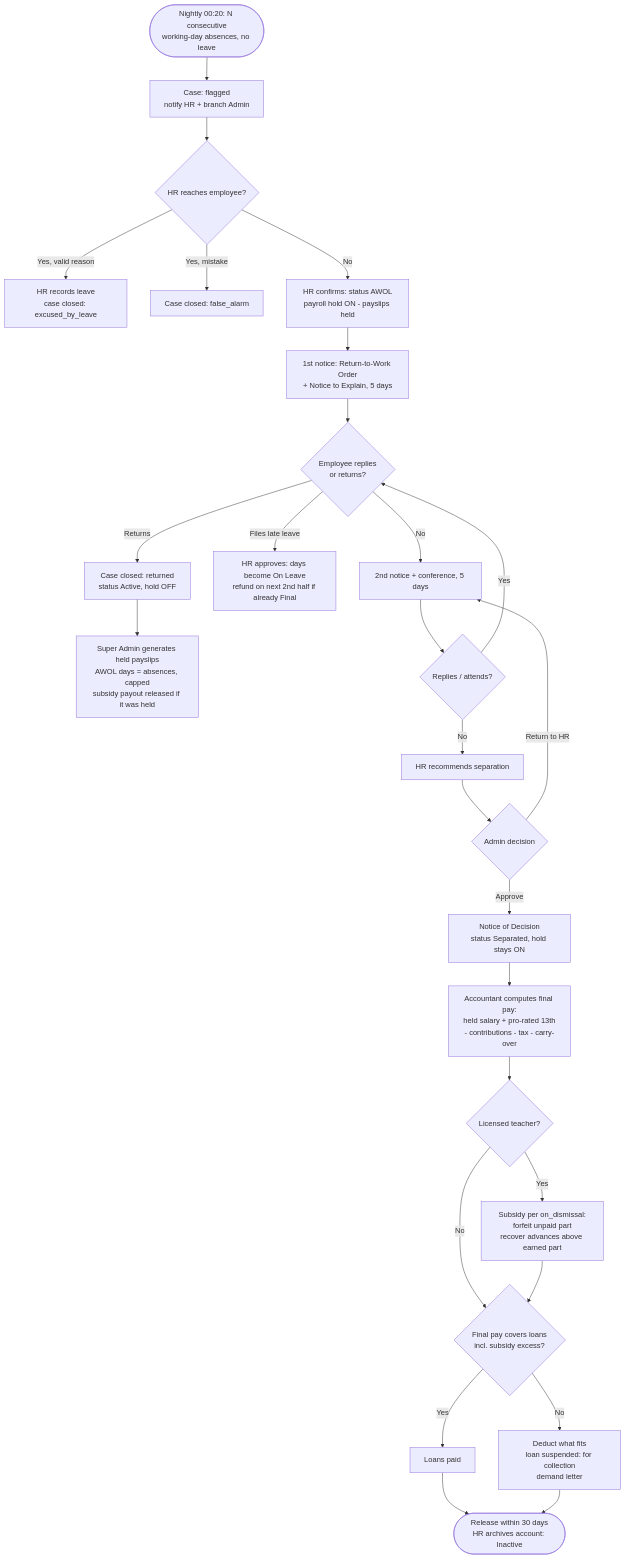
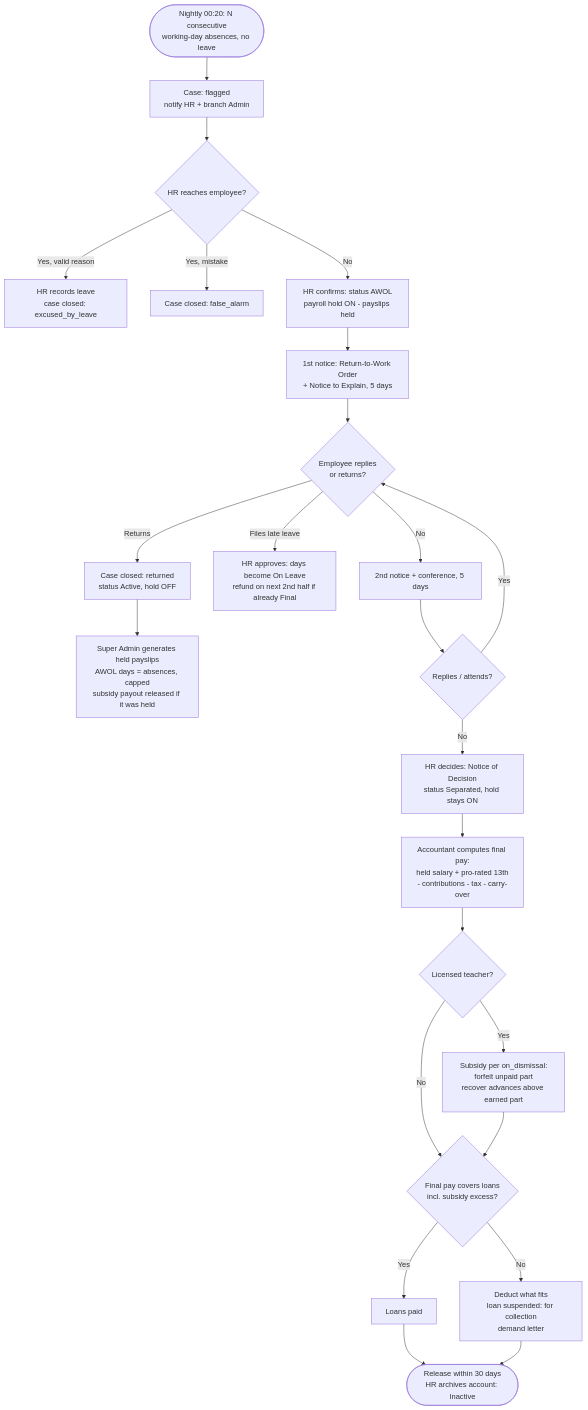
The second of 3 diagrams in docs/payroll-schedule-loans-awol.md (punyoz/SACS-PAYROLL), drawn with Mermaid before and after one commit. The commit also changed other lines of this file and 6 other files, not shown here.

First line of the commit message:
refactor(awol): remove the Admin's AWOL approval; HR alone decides

````diff
--- a/docs/payroll-schedule-loans-awol.md
+++ b/docs/payroll-schedule-loans-awol.md
@@ -2579,29 +2579,26 @@
 ```mermaid
 flowchart TD
     A([Nightly 00:20: N consecutive<br/>working-day absences, no leave]) --> B[Case: flagged<br/>notify HR + branch Admin]
     B --> C{HR reaches employee?}
     C -- Yes, valid reason --> C1[HR records leave<br/>case closed: excused_by_leave]
     C -- Yes, mistake --> C2[Case closed: false_alarm]
     C -- No --> D[HR confirms: status AWOL<br/>payroll hold ON - payslips held]
     D --> E[1st notice: Return-to-Work Order<br/>+ Notice to Explain, 5 days]
     E --> F{Employee replies<br/>or returns?}
     F -- Returns --> R[Case closed: returned<br/>status Active, hold OFF]
     R --> R1[Super Admin generates held payslips<br/>AWOL days = absences, capped<br/>subsidy payout released if it was held]
     F -- Files late leave --> L[HR approves: days become On Leave<br/>refund on next 2nd half if already Final]
     F -- No --> G[2nd notice + conference, 5 days]
     G --> H{Replies / attends?}
     H -- Yes --> F
-    H -- No --> I[HR recommends separation]
-    I --> J{Admin decision}
-    J -- Return to HR --> G
-    J -- Approve --> K[Notice of Decision<br/>status Separated, hold stays ON]
+    H -- No --> K[HR decides: Notice of Decision<br/>status Separated, hold stays ON]
     K --> M[Accountant computes final pay:<br/>held salary + pro-rated 13th<br/>- contributions - tax - carry-over]
     M --> T{Licensed teacher?}
     T -- Yes --> T1[Subsidy per on_dismissal:<br/>forfeit unpaid part<br/>recover advances above earned part]
     T -- No --> N
     T1 --> N{Final pay covers loans<br/>incl. subsidy excess?}
     N -- Yes --> N1[Loans paid]
     N -- No --> N2[Deduct what fits<br/>loan suspended: for collection<br/>demand letter]
     N1 --> O([Release within 30 days<br/>HR archives account: Inactive])
     N2 --> O
 ```
````
